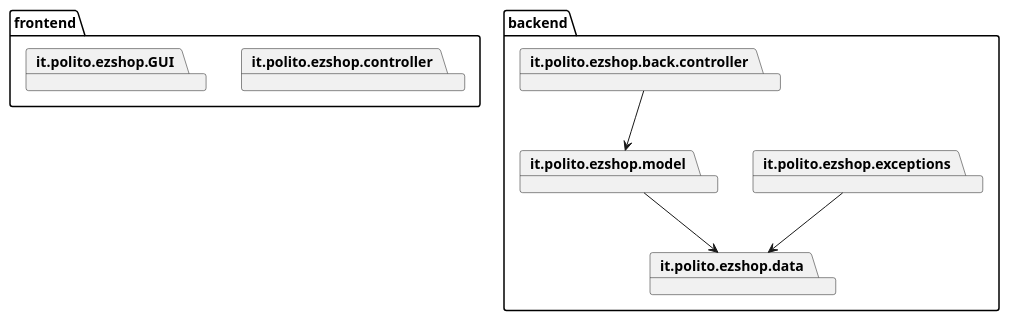
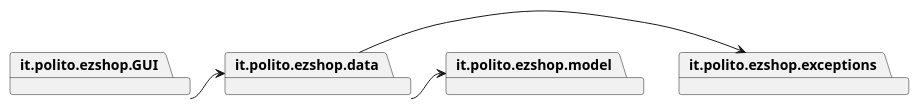
The first of 15 diagrams in Deliverables/DesignDocument.md (paolotron/EzshoProject31), drawn with PlantUML before and after one commit.

````diff
--- a/Deliverables/DesignDocument.md
+++ b/Deliverables/DesignDocument.md
@@ -26,21 +26,11 @@
 ```plantuml
-package frontend{
 
-    package it.polito.ezshop.controller 
-    package it.polito.ezshop.GUI
-    }
-package backend{
     package it.polito.ezshop.exceptions
     package it.polito.ezshop.model
     package it.polito.ezshop.data
-    package it.polito.ezshop.back.controller
-}
-
-
-/'it.polito.ezshop.GUI --> it.polito.ezshop.model'/ 
-/'it.polito.ezshop.controller --> it.polito.ezshop.model'/ 
-it.polito.ezshop.exceptions --> it.polito.ezshop.data
-it.polito.ezshop.model --> it.polito.ezshop.data
-it.polito.ezshop.back.controller --> it.polito.ezshop.model
-/'it.polito.ezshop.model --> it.polito.ezshop.data'/
+    package it.polito.ezshop.GUI
+    
+    it.polito.ezshop.GUI -> it.polito.ezshop.data
+    it.polito.ezshop.data -> it.polito.ezshop.exceptions
+    it.polito.ezshop.data -> it.polito.ezshop.model
 ```
````
